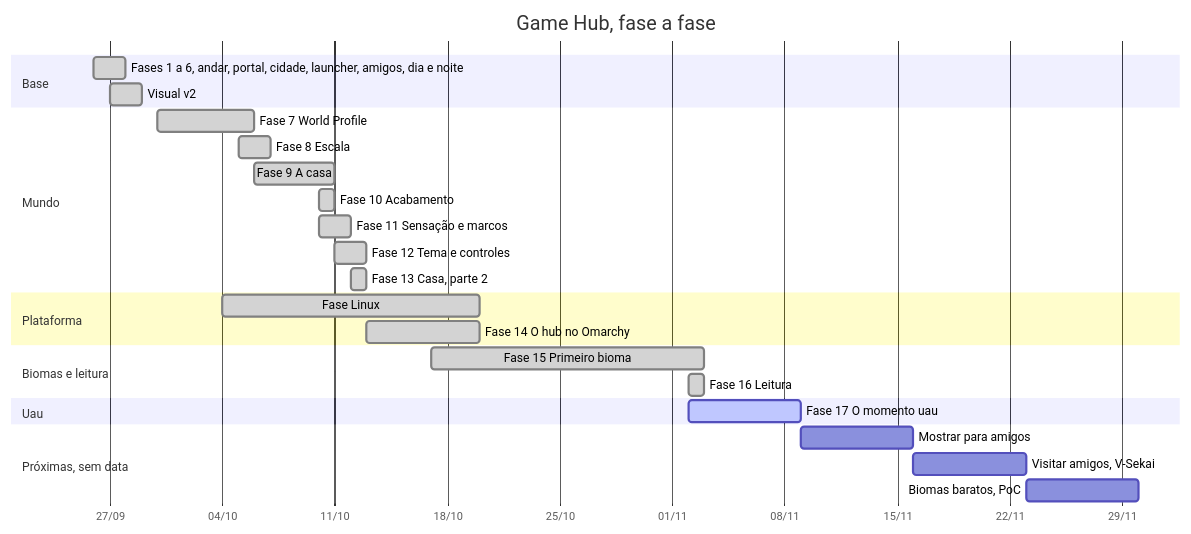
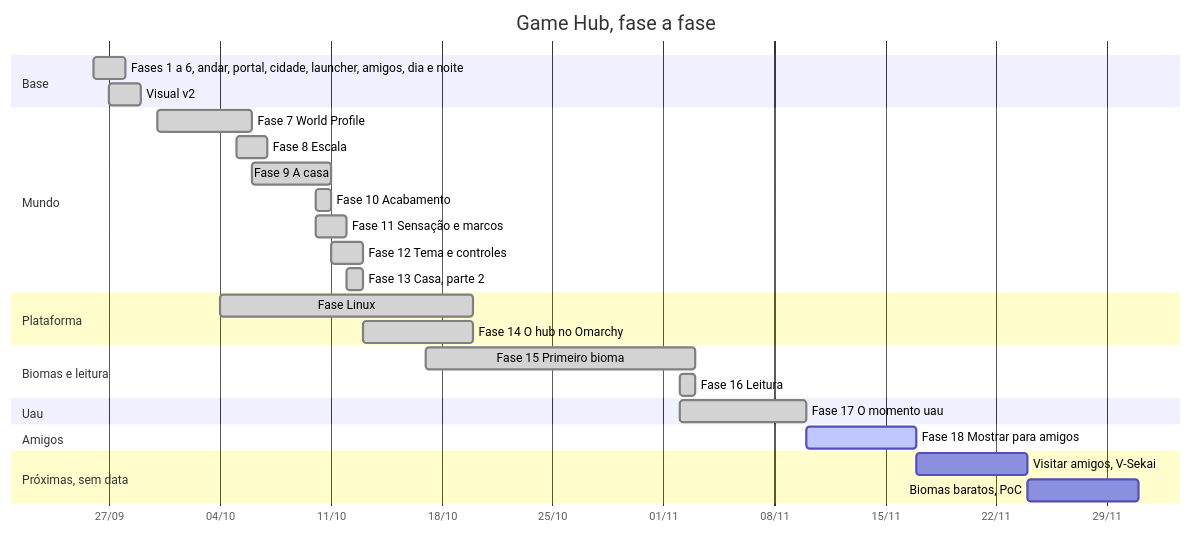
Before and after one commit to guitavaress/game-hub: the diagram in docs/Início.md, drawn with Mermaid. The commit also changed other lines of this file and 3 other files, not shown here.

First line of the commit message:
Docs: plano da Fase 18 (Mostrar para amigos)

````diff
--- a/docs/Início.md
+++ b/docs/Início.md
@@ -38,35 +38,37 @@
 ```mermaid
 gantt
     title Game Hub, fase a fase
     dateFormat YYYY-MM-DD
     axisFormat %d/%m
 
     section Base
     Fases 1 a 6, andar, portal, cidade, launcher, amigos, dia e noite :done, f1, 2026-09-26, 2026-09-28
     Visual v2                        :done, v2, 2026-09-27, 2026-09-29
 
     section Mundo
     Fase 7 World Profile             :done, f7, 2026-09-30, 2026-10-06
     Fase 8 Escala                    :done, f8, 2026-10-05, 2026-10-07
     Fase 9 A casa                    :done, f9, 2026-10-06, 2026-10-11
     Fase 10 Acabamento               :done, f10, 2026-10-10, 2026-10-11
     Fase 11 Sensação e marcos        :done, f11, 2026-10-10, 2026-10-12
     Fase 12 Tema e controles         :done, f12, 2026-10-11, 2026-10-13
     Fase 13 Casa, parte 2            :done, f13, 2026-10-12, 2026-10-13
 
     section Plataforma
     Fase Linux                       :done, fl, 2026-10-04, 2026-10-20
     Fase 14 O hub no Omarchy         :done, f14, 2026-10-13, 2026-10-20
 
     section Biomas e leitura
     Fase 15 Primeiro bioma           :done, f15, 2026-10-17, 2026-11-03
     Fase 16 Leitura                  :done, f16, 2026-11-02, 2026-11-03
 
     section Uau
-    Fase 17 O momento uau            :active, f17, 2026-11-02, 7d
+    Fase 17 O momento uau            :done, f17, 2026-11-02, 2026-11-10
+
+    section Amigos
+    Fase 18 Mostrar para amigos      :active, f18, 2026-11-10, 7d
 
     section Próximas, sem data
-    Mostrar para amigos              :u2, after f17, 7d
-    Visitar amigos, V-Sekai          :u3, after u2, 7d
+    Visitar amigos, V-Sekai          :u3, after f18, 7d
     Biomas baratos, PoC              :u4, after u3, 7d
 ```
````
